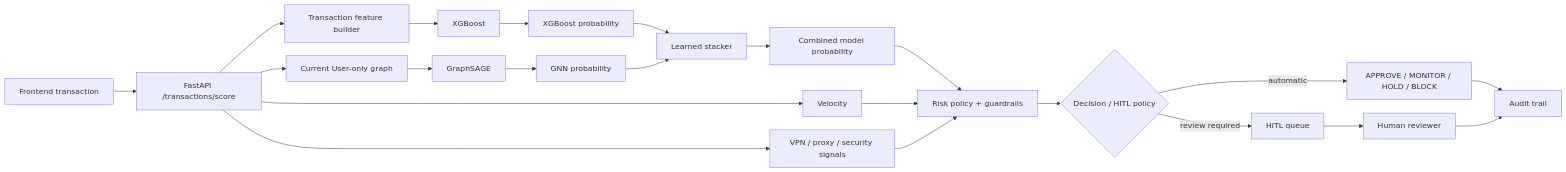
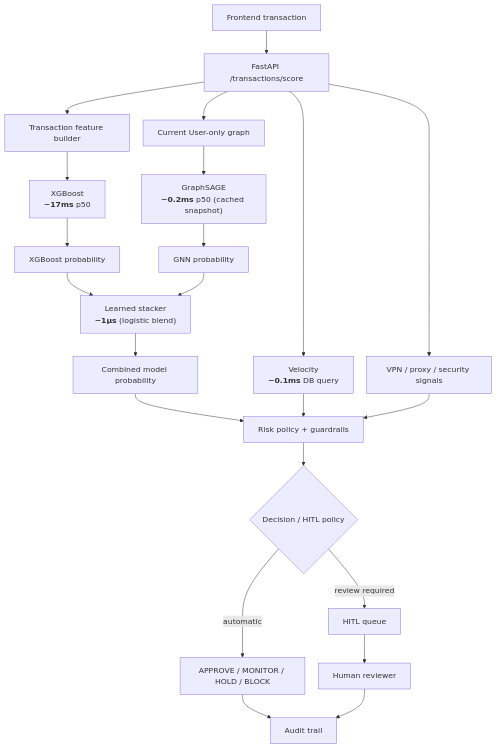
The fifth of 21 diagrams in README.md (Dikshu015/RazorRisk-Agentic-AI-Payment-Fraud-Risk-Investigation-Platform), drawn with Mermaid before and after one commit. The commit also changed other lines of this file and 7 other files, not shown here.

````diff
--- a/README.md
+++ b/README.md
@@ -161,25 +163,25 @@
 ```mermaid
 %%{init: {'flowchart': {'nodeSpacing': 28, 'rankSpacing': 48}}}%%
-flowchart LR
+flowchart TB
     TX[Frontend transaction] --> API[FastAPI /transactions/score]
     API --> TABF[Transaction feature builder]
     API --> GRAPHF[Current User-only graph]
-    TABF --> XGB[XGBoost]
-    GRAPHF --> GNN[GraphSAGE]
+    TABF --> XGB["XGBoost<br/><b>~17ms</b> p50"]
+    GRAPHF --> GNN["GraphSAGE<br/><b>~0.2ms</b> p50 (cached snapshot)"]
     XGB --> XS[XGBoost probability]
     GNN --> GS[GNN probability]
-    XS --> STACK[Learned stacker]
+    XS --> STACK["Learned stacker<br/><b>~1µs</b> (logistic blend)"]
     GS --> STACK
     STACK --> CAL[Combined model probability]
-    API --> VEL[Velocity]
+    API --> VEL["Velocity<br/><b>~0.1ms</b> DB query"]
     API --> SEC[VPN / proxy / security signals]
     CAL --> POL[Risk policy + guardrails]
     VEL --> POL
     SEC --> POL
     POL --> DEC{Decision / HITL policy}
     DEC -->|automatic| OUT[APPROVE / MONITOR / HOLD / BLOCK]
     DEC -->|review required| HITL[HITL queue]
     HITL --> REV[Human reviewer]
     OUT --> AUD[Audit trail]
     REV --> AUD
 ```
````
